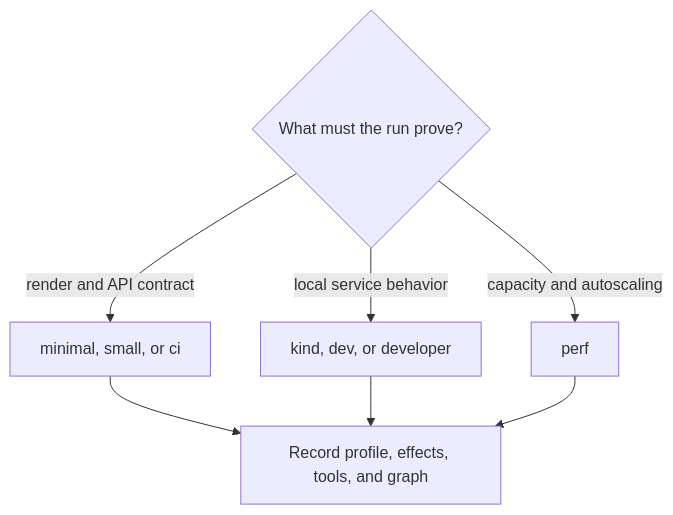
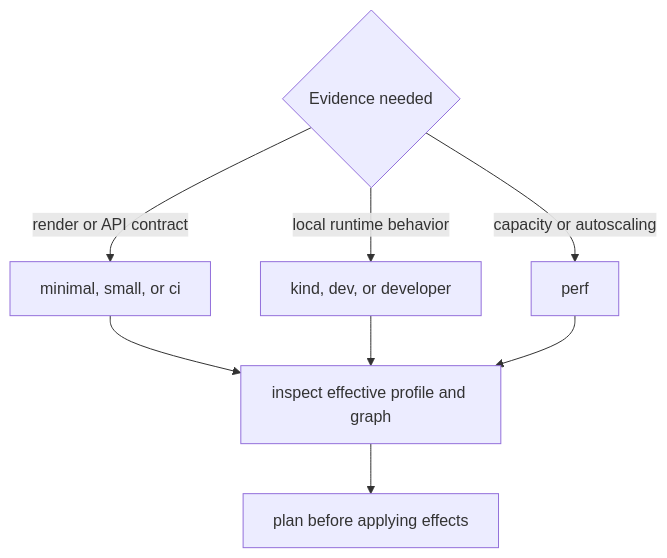
Before and after one commit to bijux/bijux-atlas: the diagram in docs/bijux-atlas-ops/stack/local-stack-profiles.md, drawn with Mermaid. The commit also changed other lines of this file and 2 other files, not shown here.

Commit message:
docs(stack): distinguish cluster profiles effects and evidence

````diff
--- a/docs/bijux-atlas-ops/stack/local-stack-profiles.md
+++ b/docs/bijux-atlas-ops/stack/local-stack-profiles.md
@@ -34,10 +42,11 @@
 ```mermaid
 flowchart TD
-    Claim{"What must the run prove?"}
-    Claim -->|render and API contract| Restricted["minimal, small, or ci"]
-    Claim -->|local service behavior| Local["kind, dev, or developer"]
-    Claim -->|capacity and autoscaling| Perf["perf"]
-    Restricted --> Evidence["Record profile, effects, tools, and graph"]
-    Local --> Evidence
-    Perf --> Evidence
+    Need{"Evidence needed"}
+    Need -->|render or API contract| Restricted["minimal, small, or ci"]
+    Need -->|local runtime behavior| Standard["kind, dev, or developer"]
+    Need -->|capacity or autoscaling| Performance["perf"]
+    Restricted --> Inspect["inspect effective profile and graph"]
+    Standard --> Inspect
+    Performance --> Inspect
+    Inspect --> Plan["plan before applying effects"]
 ```
````
